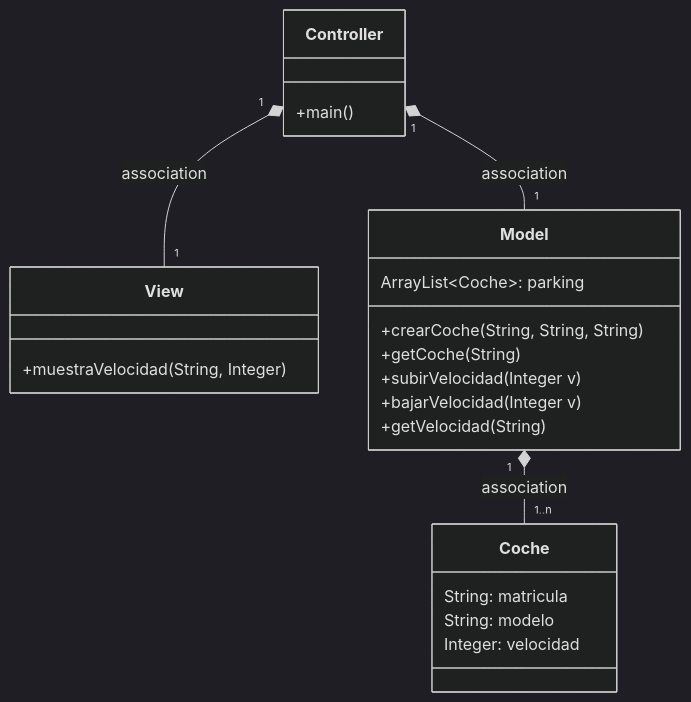
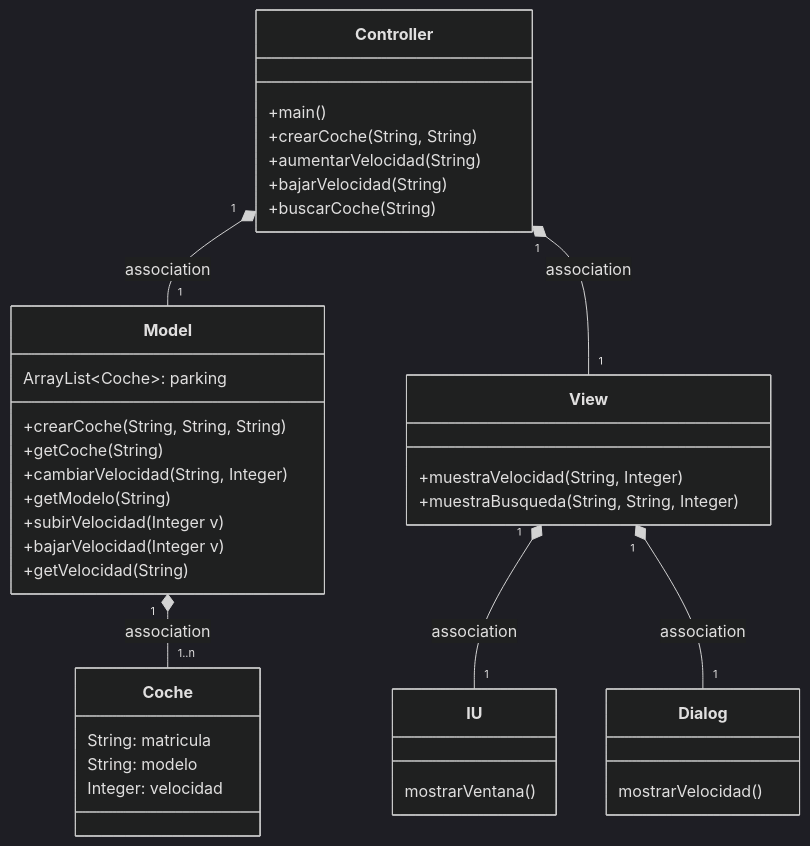
The first of 3 diagrams in Readme.md (samueldam1/MVC_coches), drawn with Mermaid (dark theme) before and after one commit. The commit also changed other lines of this file, not shown here.

````diff
--- a/Readme.md
+++ b/Readme.md
@@ -8,24 +8,38 @@
 ```mermaid
 classDiagram
     class Coche {
         String: matricula
         String: modelo
         Integer: velocidad
     }
       class Controller{
           +main()
+          +crearCoche(String, String)
+          +aumentarVelocidad(String)
+          +bajarVelocidad(String)
+          +buscarCoche(String)
       }
-      class View {+muestraVelocidad(String, Integer)}
+      class View {
+      +muestraVelocidad(String, Integer)
+      +muestraBusqueda(String, String, Integer)
+      }
       class Model {
           ArrayList~Coche~: parking
           +crearCoche(String, String, String)
           +getCoche(String)
+          +cambiarVelocidad(String, Integer)
+          +getModelo(String)
           +subirVelocidad(Integer v)
           +bajarVelocidad(Integer v)
           +getVelocidad(String)
       }
+      
+      class IU { mostrarVentana()}
+      
+      class Dialog { mostrarVelocidad() }
     Controller "1" *-- "1" Model : association
     Controller "1" *-- "1" View : association
     Model "1" *-- "1..n" Coche : association
-      
+    View "1" *-- "1" IU : association
+    View "1" *-- "1" Dialog : association
 ```
````
